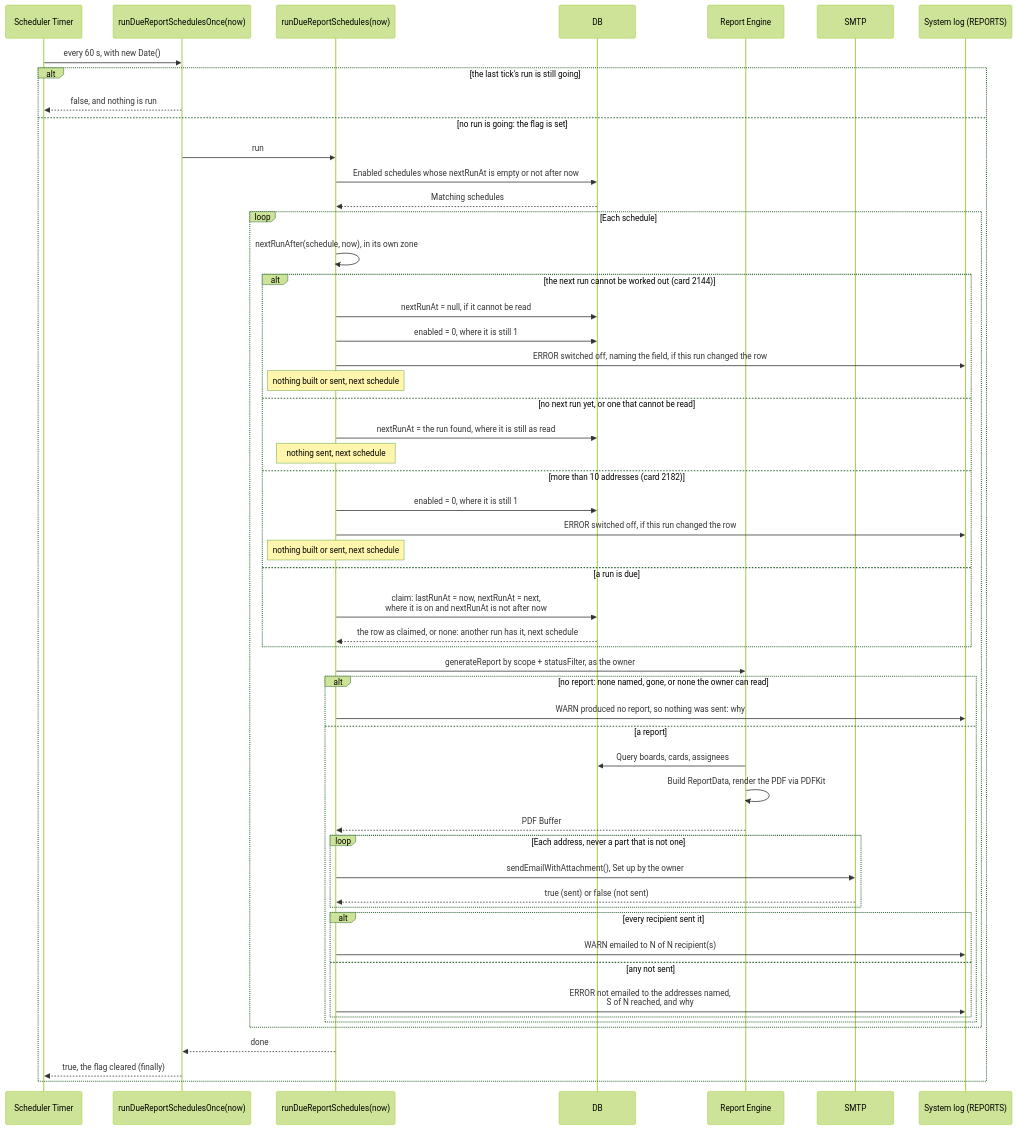
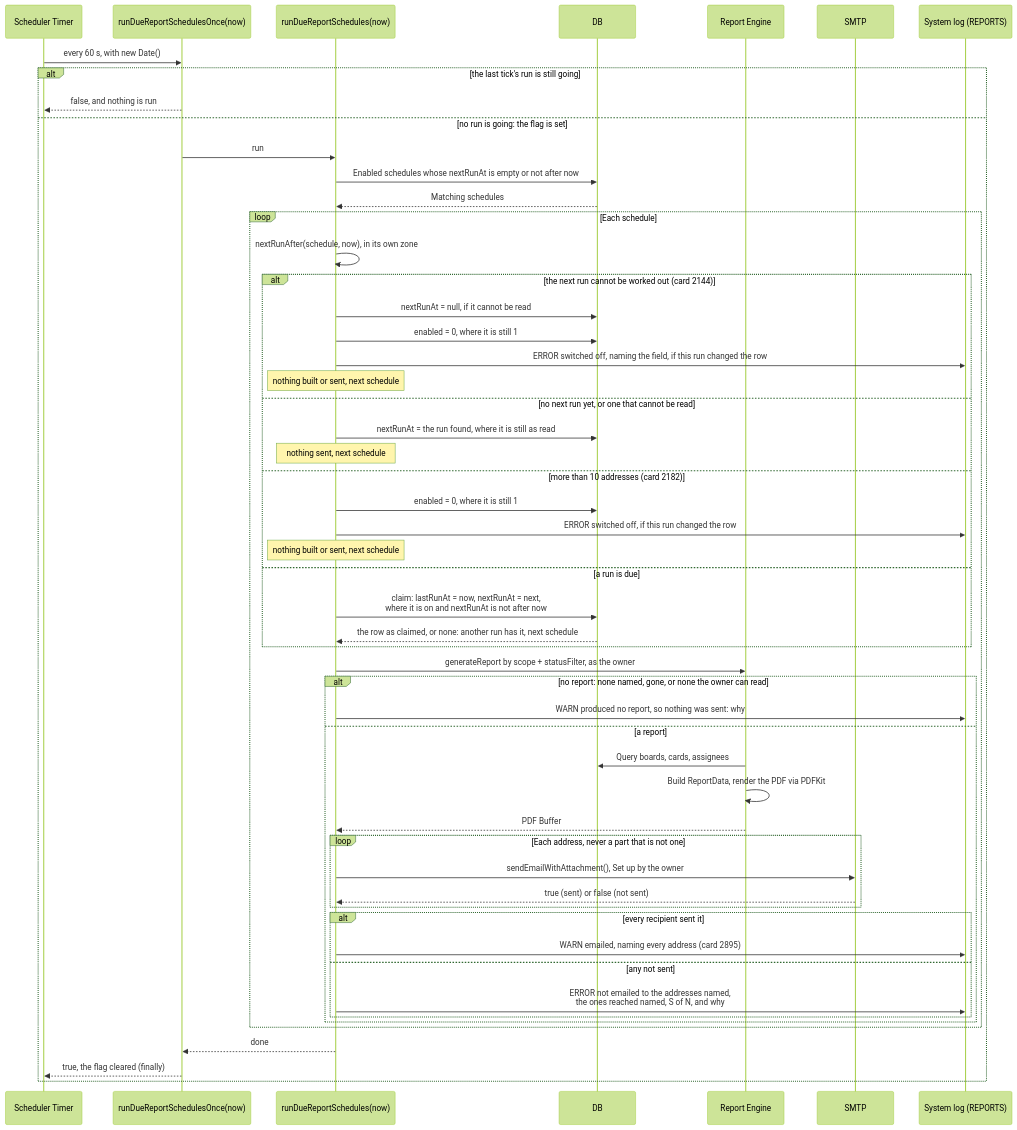
One commit to gitBoon/DumpFire changed diagram 21 of 21 in docs/backup-reporting.md. Above: the diagram before and after it, drawn with Mermaid (forest theme). The commit also changed other lines of this file and 8 other files, not shown here.

First line of the commit message:
feat: the system log names every address a scheduled report reached or missed, and every schedule change and delete with its addresses (2895)

````diff
--- a/docs/backup-reporting.md
+++ b/docs/backup-reporting.md
@@ -1523,58 +1523,58 @@
 ```mermaid
 sequenceDiagram
     participant Timer as Scheduler Timer
     participant Once as runDueReportSchedulesOnce(now)
     participant Run as runDueReportSchedules(now)
     participant DB
     participant Engine as Report Engine
     participant SMTP
     participant Log as System log (REPORTS)
 
     Timer->>Once: every 60 s, with new Date()
     alt the last tick's run is still going
         Once-->>Timer: false, and nothing is run
     else no run is going: the flag is set
         Once->>Run: run
         Run->>DB: Enabled schedules whose nextRunAt is empty or not after now
         DB-->>Run: Matching schedules
 
         loop Each schedule
             Run->>Run: nextRunAfter(schedule, now), in its own zone
             alt the next run cannot be worked out (card 2144)
                 Run->>DB: nextRunAt = null, if it cannot be read
                 Run->>DB: enabled = 0, where it is still 1
                 Run->>Log: ERROR switched off, naming the field, if this run changed the row
                 Note over Run: nothing built or sent, next schedule
             else no next run yet, or one that cannot be read
                 Run->>DB: nextRunAt = the run found, where it is still as read
                 Note over Run: nothing sent, next schedule
             else more than 10 addresses (card 2182)
                 Run->>DB: enabled = 0, where it is still 1
                 Run->>Log: ERROR switched off, if this run changed the row
                 Note over Run: nothing built or sent, next schedule
             else a run is due
                 Run->>DB: claim: lastRunAt = now, nextRunAt = next,<br/>where it is on and nextRunAt is not after now
                 DB-->>Run: the row as claimed, or none: another run has it, next schedule
             end
             Run->>Engine: generateReport by scope + statusFilter, as the owner
             alt no report: none named, gone, or none the owner can read
                 Run->>Log: WARN produced no report, so nothing was sent: why
             else a report
                 Engine->>DB: Query boards, cards, assignees
                 Engine->>Engine: Build ReportData, render the PDF via PDFKit
                 Engine-->>Run: PDF Buffer
                 loop Each address, never a part that is not one
                     Run->>SMTP: sendEmailWithAttachment(), Set up by the owner
                     SMTP-->>Run: true (sent) or false (not sent)
                 end
                 alt every recipient sent it
-                    Run->>Log: WARN emailed to N of N recipient(s)
+                    Run->>Log: WARN emailed, naming every address (card 2895)
                 else any not sent
-                    Run->>Log: ERROR not emailed to the addresses named,<br/>S of N reached, and why
+                    Run->>Log: ERROR not emailed to the addresses named,<br/>the ones reached named, S of N, and why
                 end
             end
         end
         Run-->>Once: done
         Once-->>Timer: true, the flag cleared (finally)
     end
 ```
````
